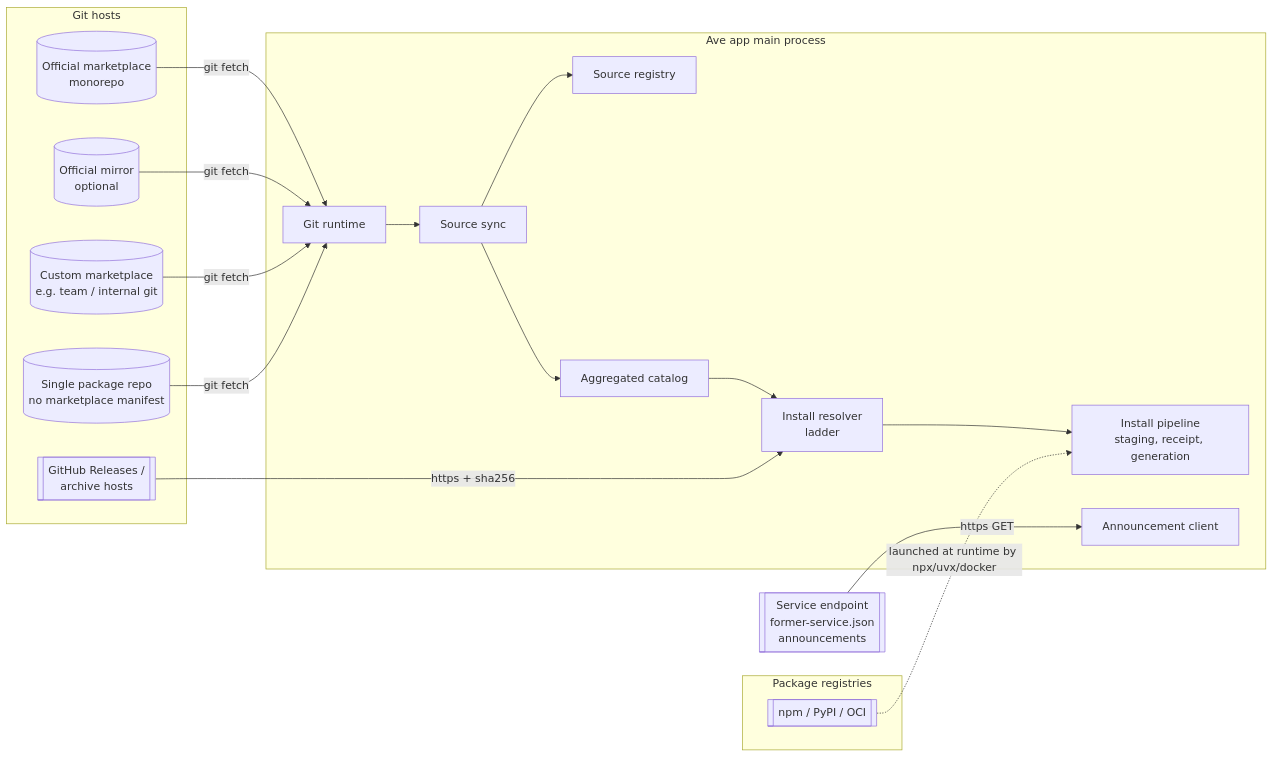
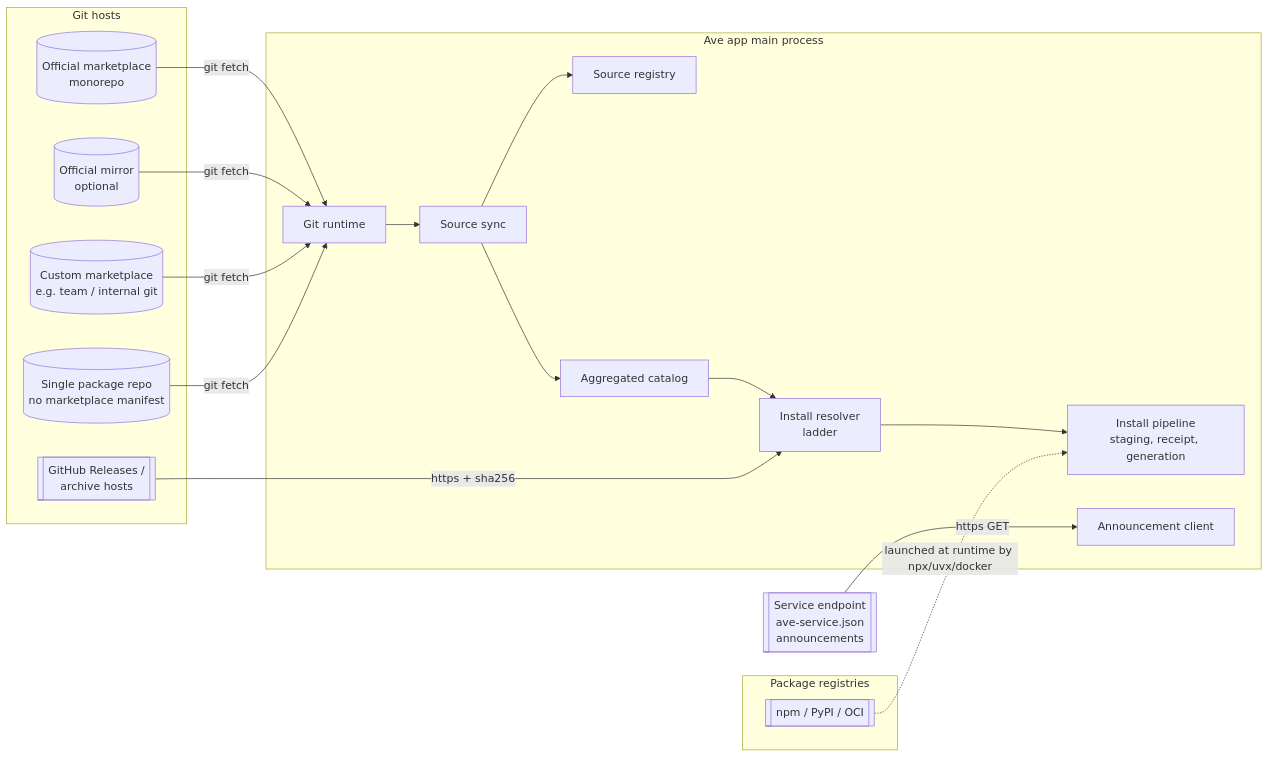
The first of 2 diagrams in docs/architecture/proposals/multi-source-git-marketplace.md (ken-jo/ave), drawn with Mermaid before and after one commit. The commit also changed other lines of this file and 35 other files, not shown here.

````diff
--- a/docs/architecture/proposals/multi-source-git-marketplace.md
+++ b/docs/architecture/proposals/multi-source-git-marketplace.md
@@ -61,36 +61,36 @@
 ```mermaid
 flowchart LR
   subgraph Git hosts
     OFF[(Official marketplace<br/>monorepo)]
     MIR[(Official mirror<br/>optional)]
     TEAM[(Custom marketplace<br/>e.g. team / internal git)]
     PKG[(Single package repo<br/>no marketplace manifest)]
     REL[[GitHub Releases /<br/>archive hosts]]
   end
   subgraph Package registries
     NPM[[npm / PyPI / OCI]]
   end
-  SVC[[Service endpoint<br/>former-service.json<br/>announcements]]
+  SVC[[Service endpoint<br/>ave-service.json<br/>announcements]]
 
   subgraph Ave app main process
     GR[Git runtime]
     SR[Source registry]
     SY[Source sync]
     CAT[Aggregated catalog]
     RES[Install resolver<br/>ladder]
     INS[Install pipeline<br/>staging, receipt, generation]
     ANN[Announcement client]
   end
 
   OFF -- git fetch --> GR
   MIR -- git fetch --> GR
   TEAM -- git fetch --> GR
   PKG -- git fetch --> GR
   GR --> SY --> SR
   SY --> CAT
   CAT --> RES
   REL -- https + sha256 --> RES
   RES --> INS
   NPM -. launched at runtime by npx/uvx/docker .-> INS
   SVC -- https GET --> ANN
 ```
````
